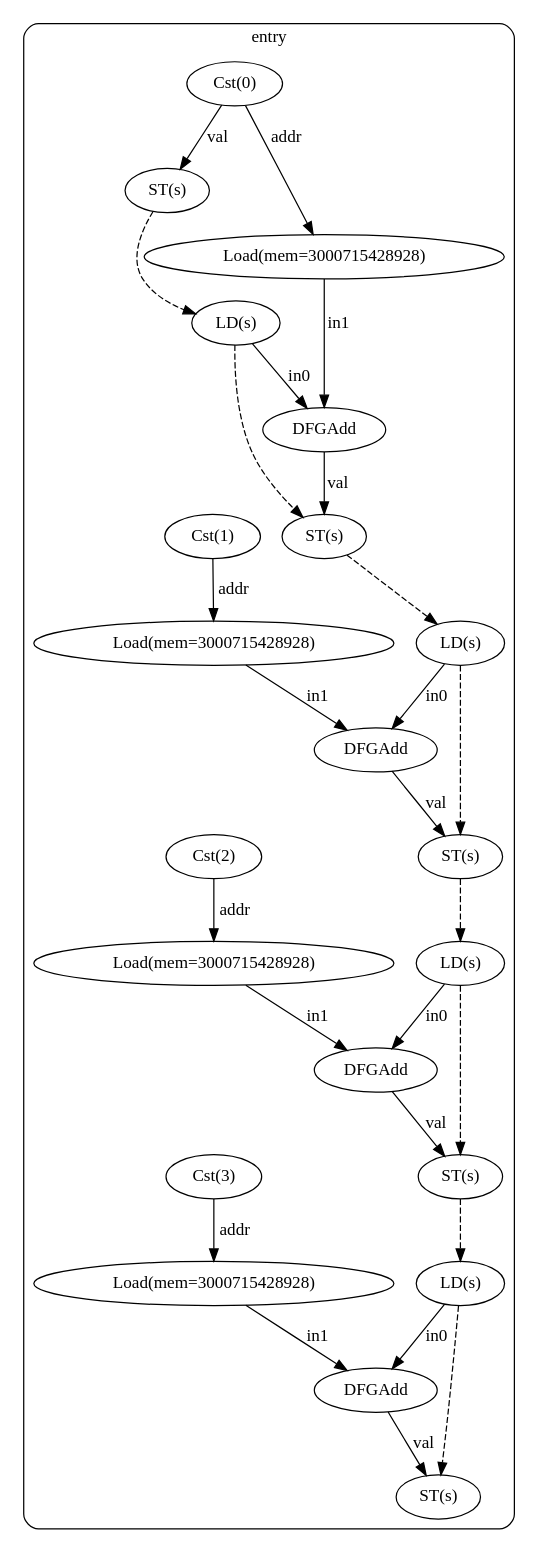
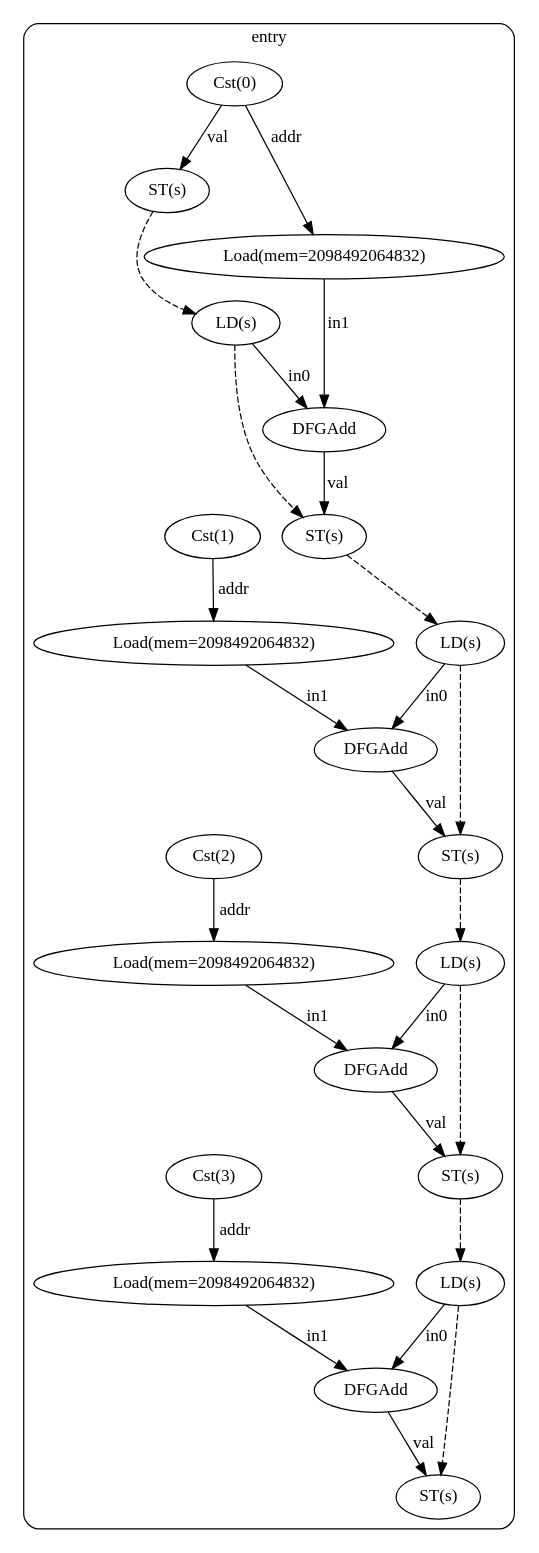
One commit to ma-carrillo/High-level-synthesis-assignment changed the diagram in test12/cfg_with_dfg.dot. Above: the diagram before and after it, drawn with Graphviz. The commit also changed 16 other files, not shown here.

```diff
--- a/test12/cfg_with_dfg.dot
+++ b/test12/cfg_with_dfg.dot
@@ -1,53 +1,53 @@
 digraph "cfg" {
   compound=true;
   subgraph "cluster_bb0" {
     label="entry";
     style=rounded;
     bb0_n0 [label="Cst(0)"];
     bb0_n1 [label="ST(s)"];
     bb0_n2 [label="LD(s)"];
-    bb0_n3 [label="Load(mem=3000715428928)"];
+    bb0_n3 [label="Load(mem=2098492064832)"];
     bb0_n4 [label="DFGAdd"];
     bb0_n5 [label="ST(s)"];
     bb0_n6 [label="LD(s)"];
     bb0_n7 [label="Cst(1)"];
-    bb0_n8 [label="Load(mem=3000715428928)"];
+    bb0_n8 [label="Load(mem=2098492064832)"];
     bb0_n9 [label="DFGAdd"];
     bb0_n10 [label="ST(s)"];
     bb0_n11 [label="LD(s)"];
     bb0_n12 [label="Cst(2)"];
-    bb0_n13 [label="Load(mem=3000715428928)"];
+    bb0_n13 [label="Load(mem=2098492064832)"];
     bb0_n14 [label="DFGAdd"];
     bb0_n15 [label="ST(s)"];
     bb0_n16 [label="LD(s)"];
     bb0_n17 [label="Cst(3)"];
-    bb0_n18 [label="Load(mem=3000715428928)"];
+    bb0_n18 [label="Load(mem=2098492064832)"];
     bb0_n19 [label="DFGAdd"];
     bb0_n20 [label="ST(s)"];
     bb0_n0 -> bb0_n1 [label="val"];
     bb0_n0 -> bb0_n3 [label="addr"];
     bb0_n1 -> bb0_n2 [style="dashed"];
     bb0_n2 -> bb0_n4 [label="in0"];
     bb0_n2 -> bb0_n5 [style="dashed"];
     bb0_n3 -> bb0_n4 [label="in1"];
     bb0_n4 -> bb0_n5 [label="val"];
     bb0_n5 -> bb0_n6 [style="dashed"];
     bb0_n6 -> bb0_n9 [label="in0"];
     bb0_n6 -> bb0_n10 [style="dashed"];
     bb0_n7 -> bb0_n8 [label="addr"];
     bb0_n8 -> bb0_n9 [label="in1"];
     bb0_n9 -> bb0_n10 [label="val"];
     bb0_n10 -> bb0_n11 [style="dashed"];
     bb0_n11 -> bb0_n14 [label="in0"];
     bb0_n11 -> bb0_n15 [style="dashed"];
     bb0_n12 -> bb0_n13 [label="addr"];
     bb0_n13 -> bb0_n14 [label="in1"];
     bb0_n14 -> bb0_n15 [label="val"];
     bb0_n15 -> bb0_n16 [style="dashed"];
     bb0_n16 -> bb0_n19 [label="in0"];
     bb0_n16 -> bb0_n20 [style="dashed"];
     bb0_n17 -> bb0_n18 [label="addr"];
     bb0_n18 -> bb0_n19 [label="in1"];
     bb0_n19 -> bb0_n20 [label="val"];
   }
 }
```
